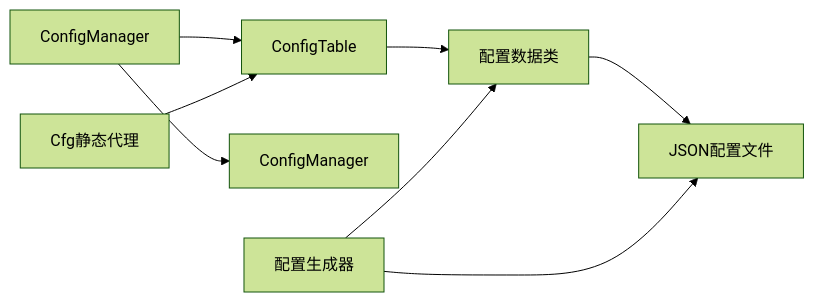
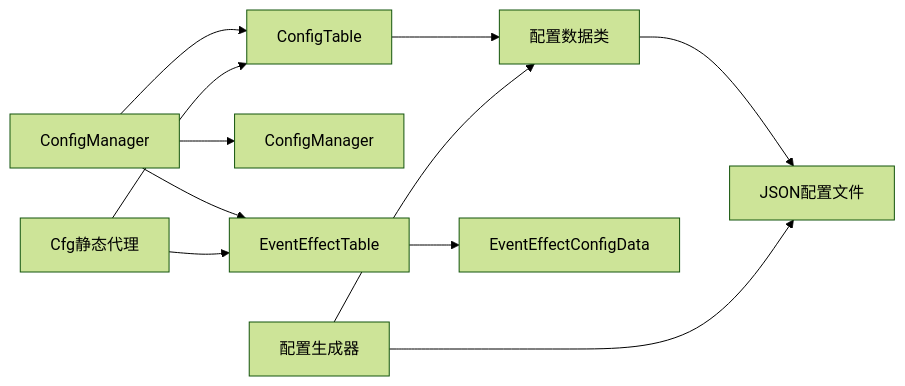
One commit to Tuusen/p1_client changed the fourth of 4 diagrams in .qoder/repowiki/zh/content/配置管理系统/配置管理系统.md. Above: the diagram before and after it, drawn with Mermaid (forest theme). The commit also changed other lines of this file and 14 other files, not shown here.

````diff
--- a/.qoder/repowiki/zh/content/配置管理系统/配置管理系统.md
+++ b/.qoder/repowiki/zh/content/配置管理系统/配置管理系统.md
@@ -507,10 +554,13 @@
 ```mermaid
 graph LR
 CM["ConfigManager"] --> CT["ConfigTable<T>"]
 CM --> CMGR["ConfigManager"]
+CM --> EE["EventEffectTable"]
 CT --> Data["配置数据类"]
+EE --> EventEffectData["EventEffectConfigData"]
 CFG["Cfg静态代理"] --> CT
+CFG --> EE
 Data --> JSON["JSON配置文件"]
 GEN["配置生成器"] --> Data
 GEN --> JSON
 ```
````
